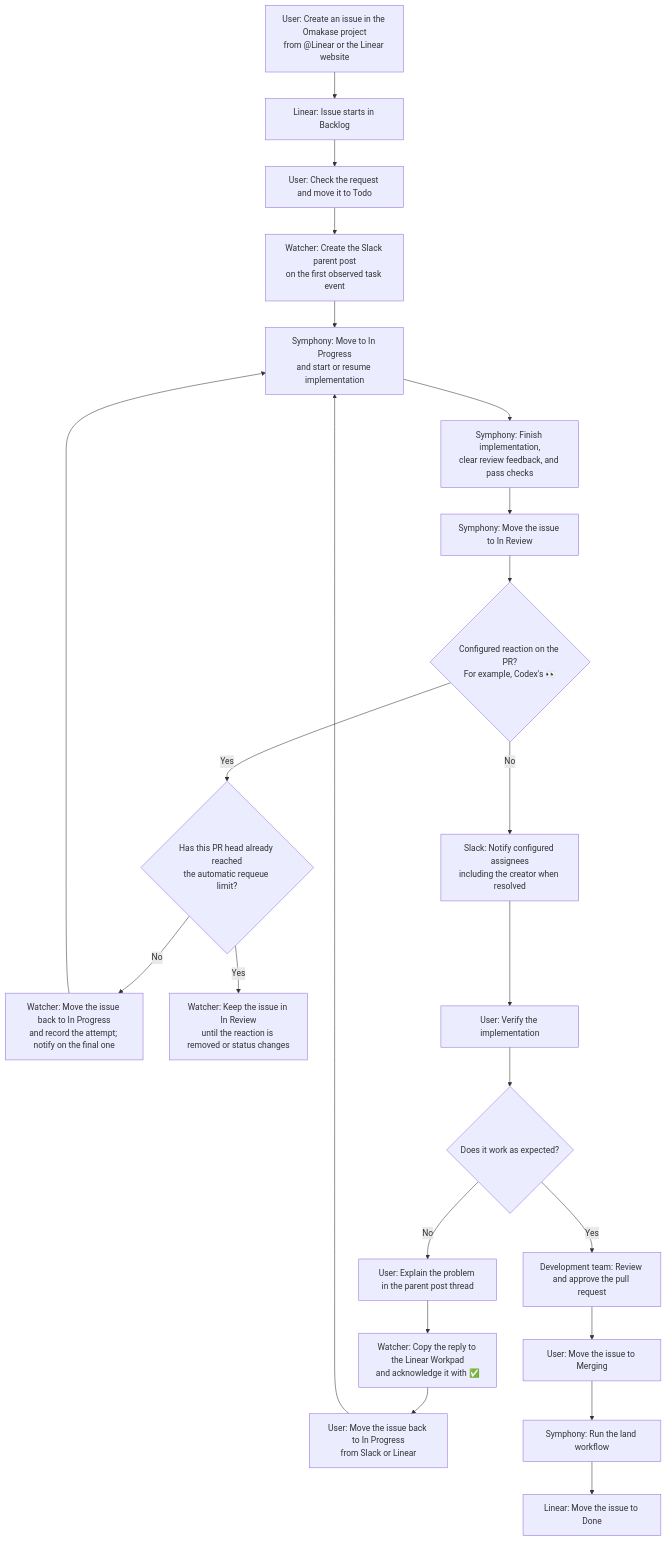
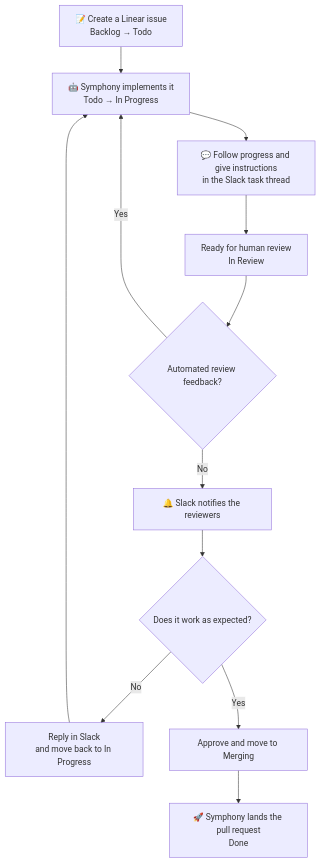
The diagram in README.md (hiroppy/orchestrators), drawn with Mermaid before and after one commit. The commit also changed other lines of this file, not shown here.

Commit message:
docs: simplify workflow diagram

````diff
--- a/README.md
+++ b/README.md
@@ -32,32 +32,19 @@
 ```mermaid
 flowchart TD
-  create["User: Create an issue in the Omakase project<br/>from @Linear or the Linear website"]
-  backlog["Linear: Issue starts in Backlog"]
-  todo["User: Check the request and move it to Todo"]
-  thread["Watcher: Create the Slack parent post<br/>on the first observed task event"]
-  implement["Symphony: Move to In Progress<br/>and start or resume implementation"]
-  review["Symphony: Finish implementation,<br/>clear review feedback, and pass checks"]
-  inReview["Symphony: Move the issue to In Review"]
-  reaction{"Configured reaction on the PR?<br/>For example, Codex's 👀"}
-  limit{"Has this PR head already reached<br/>the automatic requeue limit?"}
-  requeue["Watcher: Move the issue back to In Progress<br/>and record the attempt; notify on the final one"]
-  limitNotice["Watcher: Keep the issue in In Review<br/>until the reaction is removed or status changes"]
-  notify["Slack: Notify configured assignees<br/>including the creator when resolved"]
-  verify["User: Verify the implementation"]
-  expected{"Does it work as expected?"}
-  feedback["User: Explain the problem in the parent post thread"]
-  acknowledged["Watcher: Copy the reply to the Linear Workpad<br/>and acknowledge it with ✅"]
-  resume["User: Move the issue back to In Progress<br/>from Slack or Linear"]
-  devReview["Development team: Review and approve the pull request"]
-  merging["User: Move the issue to Merging"]
-  land["Symphony: Run the land workflow"]
-  done["Linear: Move the issue to Done"]
+  create["📝 Create a Linear issue<br/>Backlog → Todo"]
+  implement["🤖 Symphony implements it<br/>Todo → In Progress"]
+  slack["💬 Follow progress and give instructions<br/>in the Slack task thread"]
+  review["Ready for human review<br/>In Review"]
+  automated{"Automated review feedback?"}
+  notify["🔔 Slack notifies the reviewers"]
+  verify{"Does it work as expected?"}
+  feedback["Reply in Slack<br/>and move back to In Progress"]
+  merging["Approve and move to Merging"]
+  done["🚀 Symphony lands the pull request<br/>Done"]
 
-  create --> backlog --> todo --> thread --> implement --> review --> inReview --> reaction
-  reaction -- Yes --> limit
-  limit -- Yes --> limitNotice
-  limit -- No --> requeue --> implement
-  reaction -- No --> notify --> verify --> expected
-  expected -- No --> feedback --> acknowledged --> resume --> implement
-  expected -- Yes --> devReview --> merging --> land --> done
+  create --> implement --> slack --> review --> automated
+  automated -- Yes --> implement
+  automated -- No --> notify --> verify
+  verify -- No --> feedback --> implement
+  verify -- Yes --> merging --> done
 ```
````
